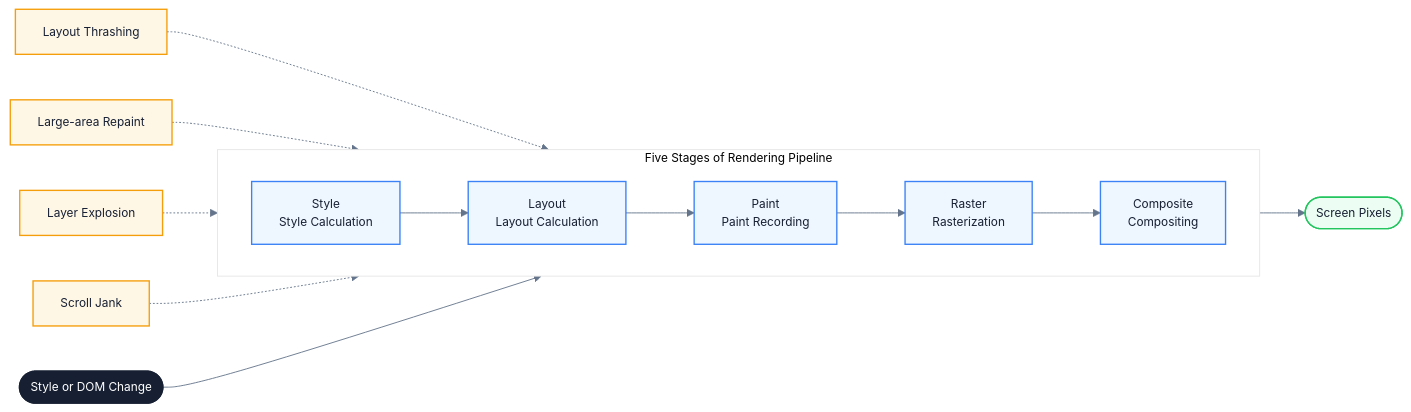
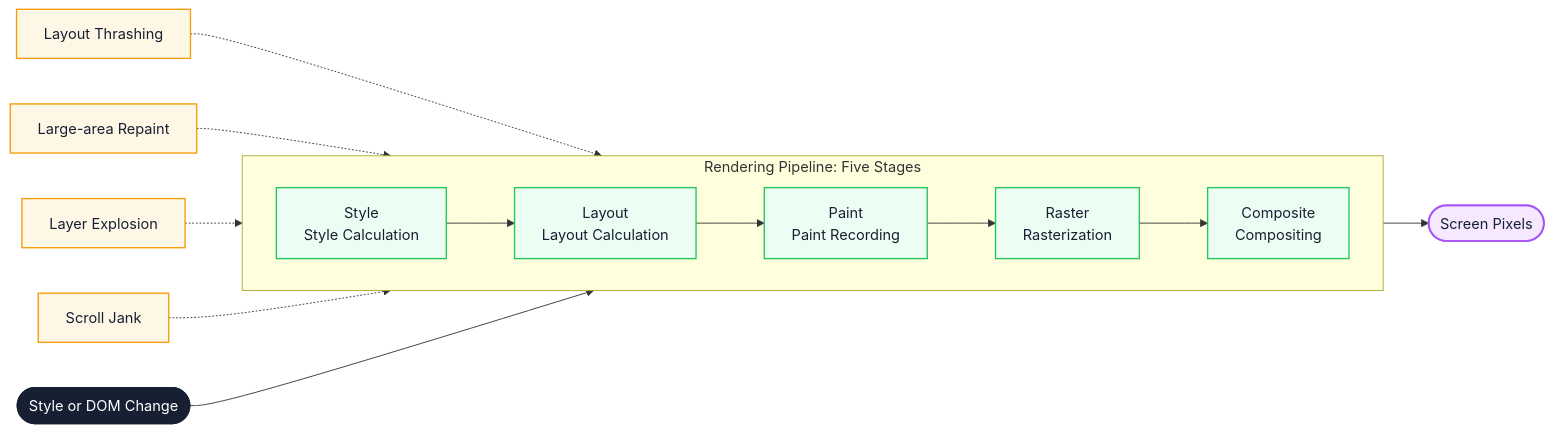
One commit to Fatejian/frontier-vault changed the first of 2 diagrams in docs/en/performance/rendering-pitfalls.md. Above: the diagram before and after it, drawn with Mermaid. The commit also changed other lines of this file and 41 other files, not shown here.

````diff
--- a/docs/en/performance/rendering-pitfalls.md
+++ b/docs/en/performance/rendering-pitfalls.md
@@ -70,34 +71,33 @@
 ```mermaid
-%%{init: {'theme': 'base', 'themeVariables': { 'fontFamily': 'Inter, PingFang SC, Microsoft YaHei, sans-serif', 'primaryColor': '#F8FAFC', 'fontSize': '13px', 'primaryTextColor': '#172033', 'primaryBorderColor': '#CBD5E1', 'lineColor': '#64748B'}}}%%
 flowchart LR
-    Start(["Style or DOM Change"])
+    Start([Style or DOM Change])
 
-    subgraph Pipeline["Five Stages of Rendering Pipeline"]
+    subgraph Pipeline[Rendering Pipeline: Five Stages]
         direction LR
         S1["Style<br/>Style Calculation"]
         S2["Layout<br/>Layout Calculation"]
         S3["Paint<br/>Paint Recording"]
         S4["Raster<br/>Rasterization"]
         S5["Composite<br/>Compositing"]
         S1 --> S2 --> S3 --> S4 --> S5
     end
 
-    End(["Screen Pixels"])
+    End([Screen Pixels])
 
     Start --> Pipeline --> End
 
-    P1["Layout Thrashing"] -.-> S2
-    P2["Large-area Repaint"] -.-> S3
-    P3["Layer Explosion"] -.-> S4
-    P4["Scroll Jank"] -.-> S5
+    P1[Layout Thrashing] -.-> S2
+    P2[Large-area Repaint] -.-> S3
+    P3[Layer Explosion] -.-> S4
+    P4[Scroll Jank] -.-> S5
 
-    classDef start fill:#172033,color:#fff,stroke:#172033,stroke-width:2px;
-    classDef stage fill:#EEF6FF,stroke:#3B82F6,color:#172033,stroke-width:1.5px;
-    classDef pitfall fill:#FFF7E6,stroke:#F59E0B,color:#172033,stroke-width:1.5px;
-    classDef ending fill:#ECFDF3,stroke:#22C55E,color:#172033,stroke-width:1.5px;
+    classDef core fill:#172033,color:#fff,stroke:#172033,stroke-width:2px;
+    classDef block fill:#FFF7E6,stroke:#F59E0B,color:#172033,stroke-width:1.5px;
+    classDef work fill:#ECFDF3,stroke:#22C55E,color:#172033,stroke-width:1.5px;
+    classDef metric fill:#F5E8FF,stroke:#A855F7,color:#172033,stroke-width:2px;
 
-    class Start start;
-    class S1,S2,S3,S4,S5 stage;
-    class P1,P2,P3,P4 pitfall;
-    class End ending;
+    class Start core;
+    class S1,S2,S3,S4,S5 work;
+    class P1,P2,P3,P4 block;
+    class End metric;
 ```
````
